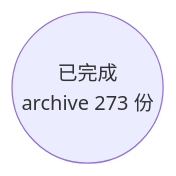
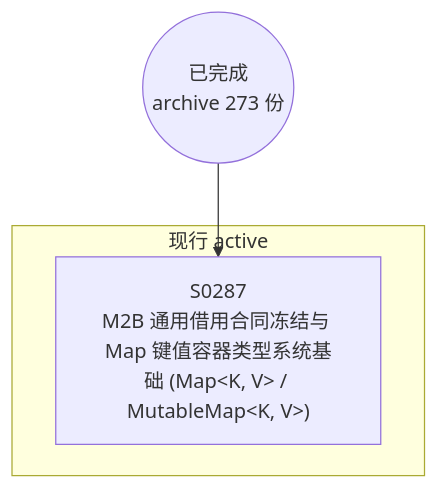
Before and after one commit to Halckon/Koven: the diagram in docs/specs/dependency-graph.md, drawn with Mermaid. The commit also changed other lines of this file and 7 other files, not shown here.

````diff
--- a/docs/specs/dependency-graph.md
+++ b/docs/specs/dependency-graph.md
@@ -9,4 +9,8 @@
 ```mermaid
 flowchart TD
 ARCH(("已完成<br/>archive 273 份"))
+subgraph Gactive["现行 active"]
+  S0287["S0287<br/>M2B 通用借用合同冻结与 Map 键值容器类型系统基础 (Map&lt;K, V&gt; / MutableMap&lt;K, V&gt;)"]
+end
+ARCH --> S0287
 ```
````
